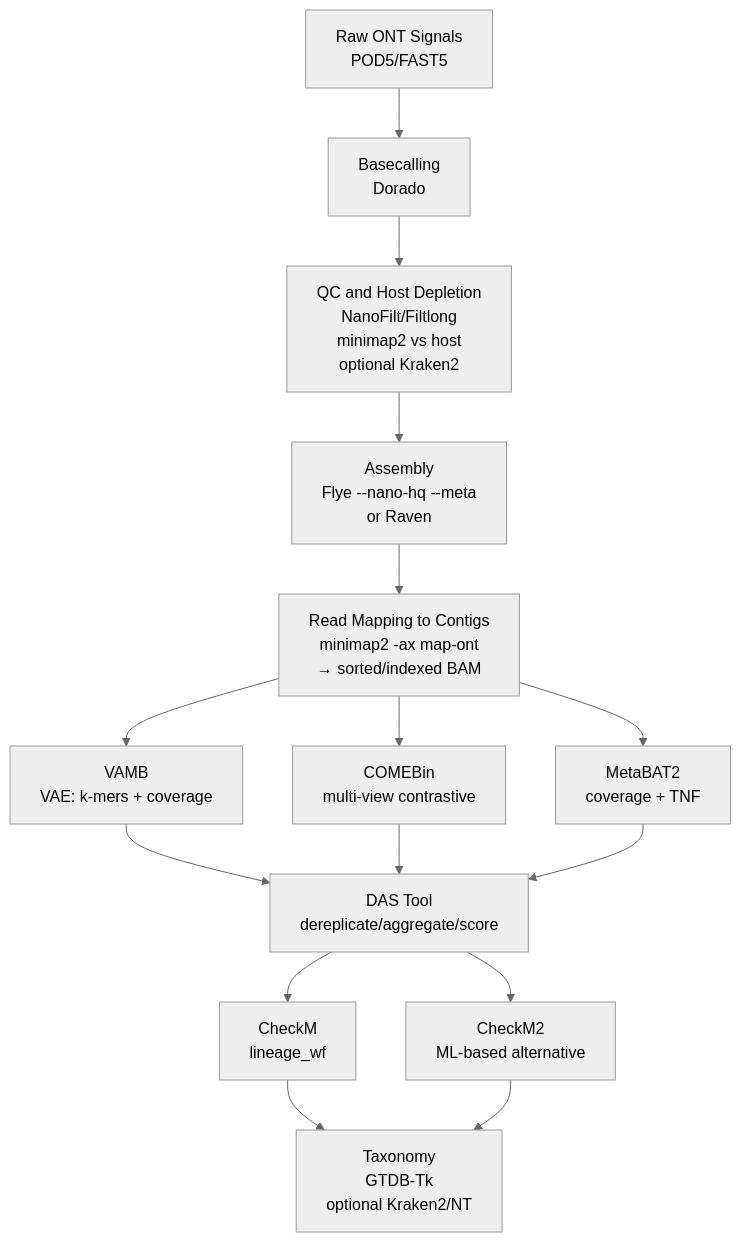
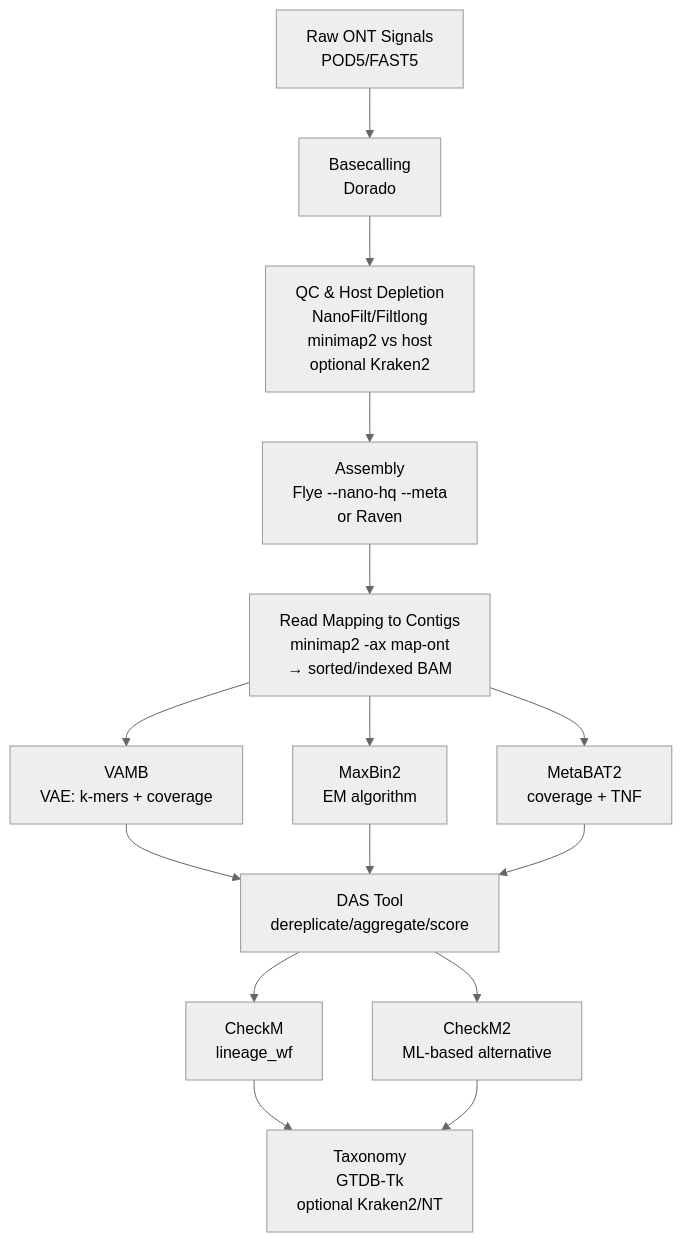
Before and after one commit to ttmgr/Wetland_Health: the diagram in Binning.md, drawn with Mermaid (neutral theme). The commit also changed other lines of this file, not shown here.

````diff
--- a/Binning.md
+++ b/Binning.md
@@ -9,17 +9,14 @@
 ```mermaid
-graph TD
+flowchart TD
     A[Raw ONT Signals<br/>POD5/FAST5] --> B[Basecalling<br/>Dorado]
-    B --> C[QC and Host Depletion<br/>NanoFilt/Filtlong<br/>minimap2 vs host<br/>optional Kraken2]
+    B --> C[QC & Host Depletion<br/>NanoFilt/Filtlong<br/>minimap2 vs host<br/>optional Kraken2]
     C --> D[Assembly<br/>Flye --nano-hq --meta<br/>or Raven]
     D --> E[Read Mapping to Contigs<br/>minimap2 -ax map-ont<br/>→ sorted/indexed BAM]
     E --> F1[VAMB<br/>VAE: k-mers + coverage]
-    E --> F2[COMEBin<br/>multi-view contrastive]
+    E --> F2[MaxBin2<br/>EM algorithm]
     E --> F3[MetaBAT2<br/>coverage + TNF]
-    F1 --> G[DAS Tool<br/>dereplicate/aggregate/score]
-    F2 --> G
-    F3 --> G
+    F1 & F2 & F3 --> G[DAS Tool<br/>dereplicate/aggregate/score]
     G --> H1[CheckM<br/>lineage_wf]
     G --> H2[CheckM2<br/>ML-based alternative]
-    H1 --> I[Taxonomy<br/>GTDB-Tk<br/>optional Kraken2/NT]
-    H2 --> I
+    H1 & H2 --> I[Taxonomy<br/>GTDB-Tk<br/>optional Kraken2/NT]
 ```
````
